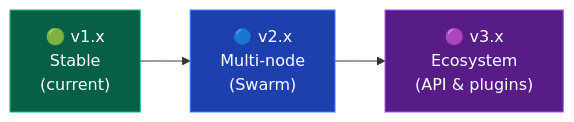
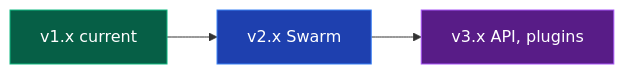
One commit to Ketbome/minepanel changed the first of 3 diagrams in doc/roadmap.md. Above: the diagram before and after it, drawn with Mermaid. The commit also changed other lines of this file and 56 other files, not shown here.

First line of the commit message:
docs: current screenshots and diagrams across the whole site (#333)

````diff
--- a/doc/roadmap.md
+++ b/doc/roadmap.md
@@ -17,9 +17,9 @@
 ```mermaid
 flowchart LR
-    A["🟢 v1.x<br/>Stable<br/>(current)"] --> B["🔵 v2.x<br/>Multi-node<br/>(Swarm)"]
-    B --> C["🟣 v3.x<br/>Ecosystem<br/>(API & plugins)"]
+    A["v1.x current"] --> B["v2.x Swarm"]
+    B --> C["v3.x API, plugins"]
 
     style A fill:#065f46,stroke:#10b981,color:#fff
     style B fill:#1e40af,stroke:#3b82f6,color:#fff
     style C fill:#581c87,stroke:#a855f7,color:#fff
 ```
````
